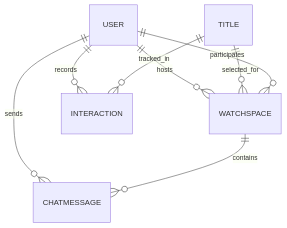
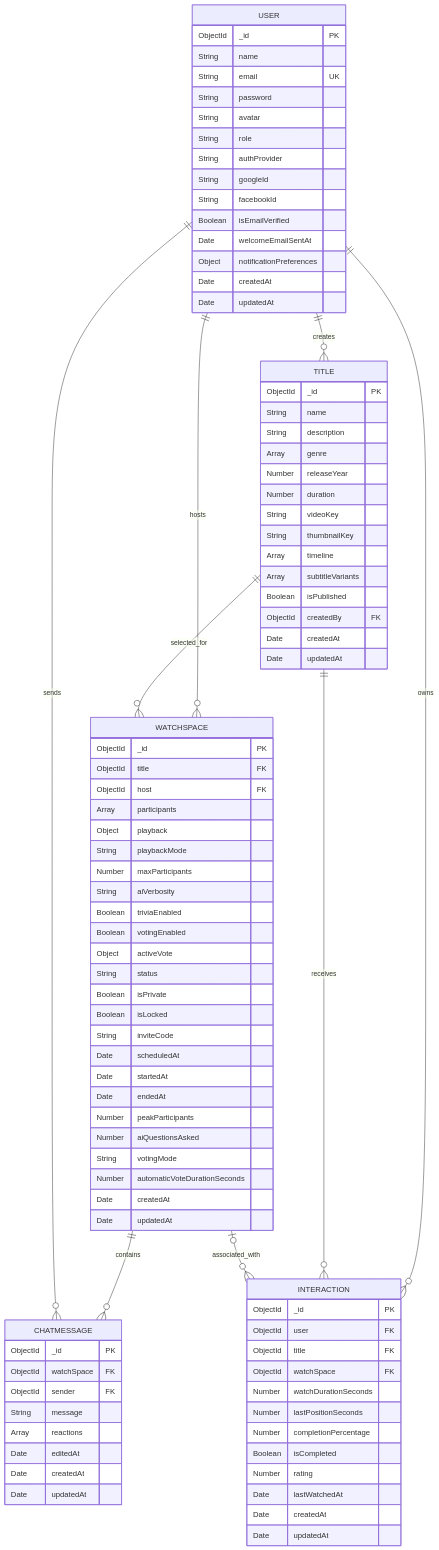
Before and after one commit to bari199/netflix-ai-watch-spaces: the first of 2 diagrams in docs/database-schema.md, drawn with Mermaid. The commit also changed other lines of this file and 10 other files, not shown here.

````diff
--- a/docs/database-schema.md
+++ b/docs/database-schema.md
@@ -63,10 +31,98 @@
 ```mermaid
 erDiagram
-  USER ||--o{ WATCHSPACE : hosts
-  USER ||--o{ INTERACTION : records
-  USER ||--o{ CHATMESSAGE : sends
-  TITLE ||--o{ WATCHSPACE : selected_for
-  TITLE ||--o{ INTERACTION : tracked_in
-  WATCHSPACE ||--o{ CHATMESSAGE : contains
-  USER ||--o{ WATCHSPACE : participates
+    USER ||--o{ TITLE : creates
+    USER ||--o{ WATCHSPACE : hosts
+    TITLE ||--o{ WATCHSPACE : selected_for
+    WATCHSPACE ||--o{ CHATMESSAGE : contains
+    USER ||--o{ CHATMESSAGE : sends
+    USER ||--o{ INTERACTION : owns
+    TITLE ||--o{ INTERACTION : receives
+    WATCHSPACE o|--o{ INTERACTION : associated_with
+
+    USER {
+        ObjectId _id PK
+        String name
+        String email UK
+        String password
+        String avatar
+        String role
+        String authProvider
+        String googleId
+        String facebookId
+        Boolean isEmailVerified
+        Date welcomeEmailSentAt
+        Object notificationPreferences
+        Date createdAt
+        Date updatedAt
+    }
+
+    TITLE {
+        ObjectId _id PK
+        String name
+        String description
+        Array genre
+        Number releaseYear
+        Number duration
+        String videoKey
+        String thumbnailKey
+        Array timeline
+        Array subtitleVariants
+        Boolean isPublished
+        ObjectId createdBy FK
+        Date createdAt
+        Date updatedAt
+    }
+
+    WATCHSPACE {
+        ObjectId _id PK
+        ObjectId title FK
+        ObjectId host FK
+        Array participants
+        Object playback
+        String playbackMode
+        Number maxParticipants
+        String aiVerbosity
+        Boolean triviaEnabled
+        Boolean votingEnabled
+        Object activeVote
+        String status
+        Boolean isPrivate
+        Boolean isLocked
+        String inviteCode
+        Date scheduledAt
+        Date startedAt
+        Date endedAt
+        Number peakParticipants
+        Number aiQuestionsAsked
+        String votingMode
+        Number automaticVoteDurationSeconds
+        Date createdAt
+        Date updatedAt
+    }
+
+    CHATMESSAGE {
+        ObjectId _id PK
+        ObjectId watchSpace FK
+        ObjectId sender FK
+        String message
+        Array reactions
+        Date editedAt
+        Date createdAt
+        Date updatedAt
+    }
+
+    INTERACTION {
+        ObjectId _id PK
+        ObjectId user FK
+        ObjectId title FK
+        ObjectId watchSpace FK
+        Number watchDurationSeconds
+        Number lastPositionSeconds
+        Number completionPercentage
+        Boolean isCompleted
+        Number rating
+        Date lastWatchedAt
+        Date createdAt
+        Date updatedAt
+    }
 ```
````
